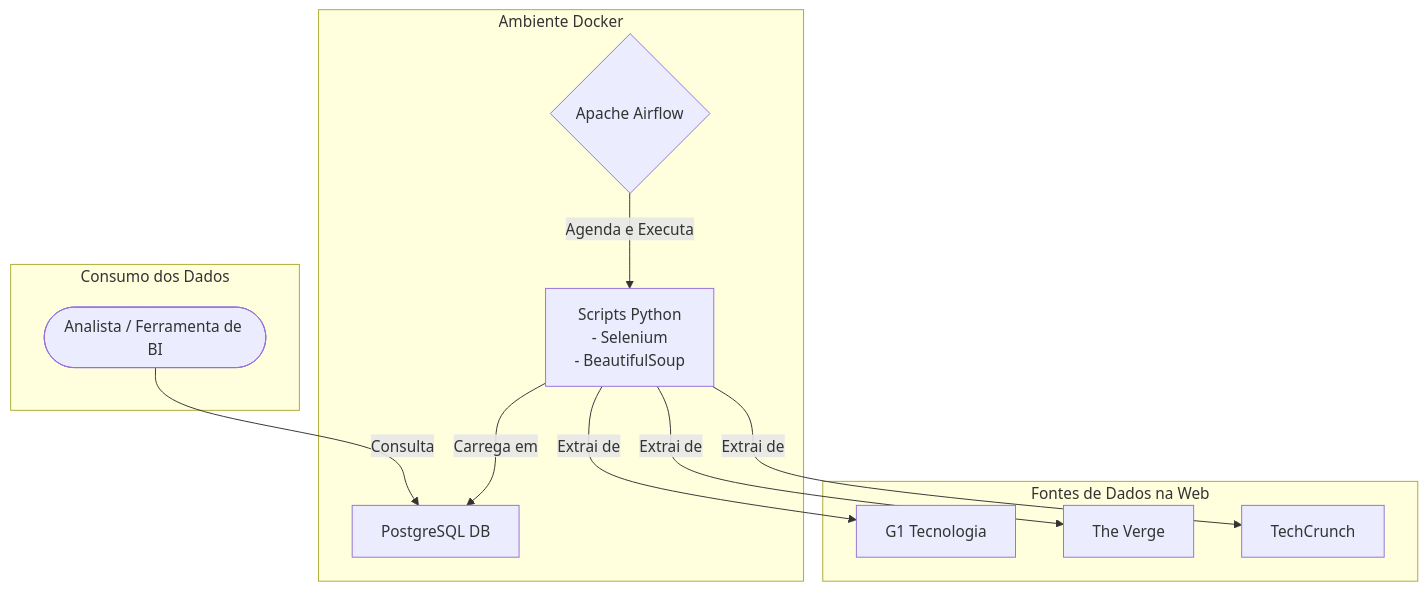
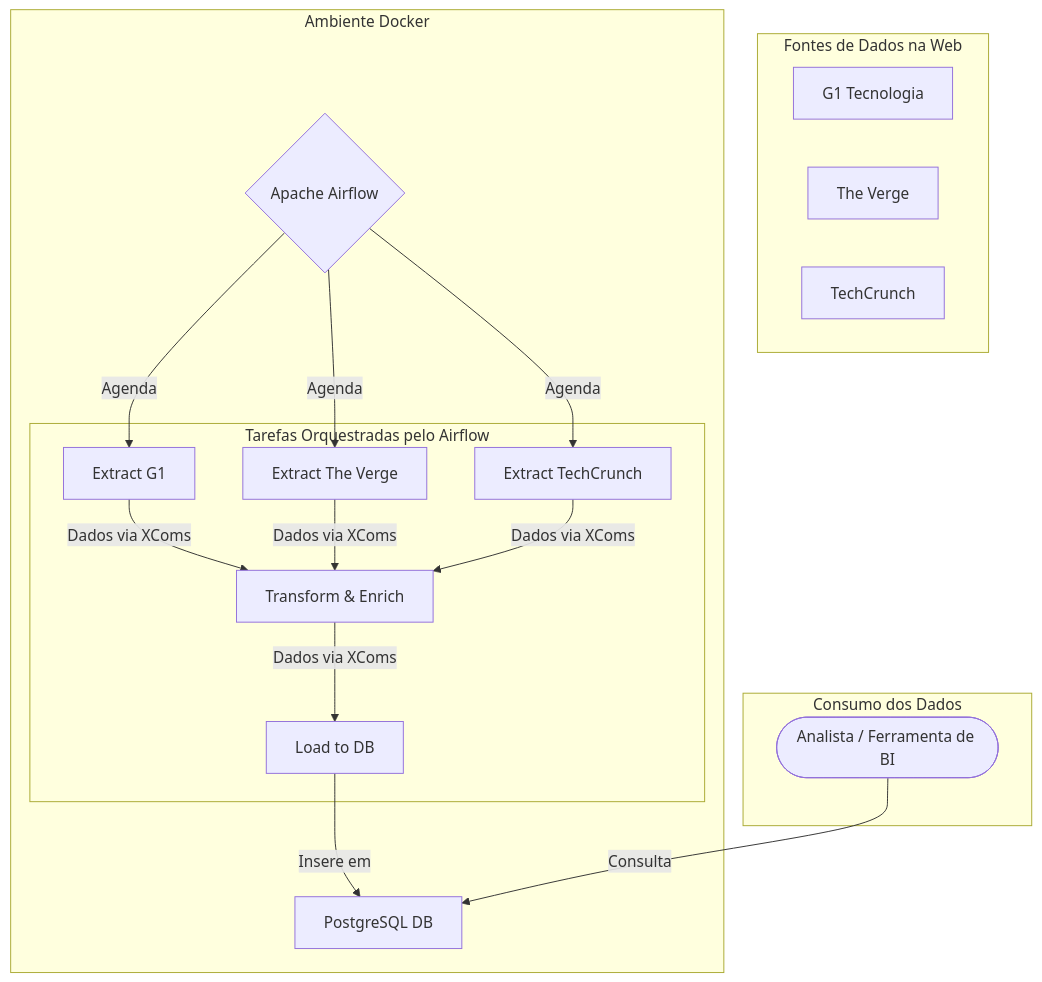
The diagram in README.md (Felipe-teodoro05/pipeline-ETL-Airflow), drawn with Mermaid before and after one commit. The commit also changed other lines of this file, not shown here.

Commit message:
Atualiza README.md para incluir detalhes sobre a carga histórica e a comunicação entre tarefas via XComs

````diff
--- a/README.md
+++ b/README.md
@@ -15,25 +15,37 @@
 ```mermaid
 graph TD
     subgraph Fontes de Dados na Web
         A[G1 Tecnologia]
         B[The Verge]
         C[TechCrunch]
     end
 
     subgraph "Ambiente Docker"
         D{Apache Airflow}
-        E[Scripts Python <br/>- Selenium<br/>- BeautifulSoup]
         F[PostgreSQL DB]
         
-        D -- Agenda e Executa --> E
-        E -- Extrai de --> A
-        E -- Extrai de --> B
-        E -- Extrai de --> C
-        E -- Carrega em --> F
+        subgraph "Tarefas Orquestradas pelo Airflow"
+            E1[Extract G1]
+            E2[Extract The Verge]
+            E3[Extract TechCrunch]
+            T[Transform & Enrich]
+            L[Load to DB]
+        end
+
+        D -- Agenda --> E1
+        D -- Agenda --> E2
+        D -- Agenda --> E3
+        
+        E1 -- Dados via XComs --> T
+        E2 -- Dados via XComs --> T
+        E3 -- Dados via XComs --> T
+
+        T -- Dados via XComs --> L
+        L -- Insere em --> F
     end
 
     subgraph "Consumo dos Dados"
         G([Analista / Ferramenta de BI])
         G -- Consulta --> F
     end
 ```
````
